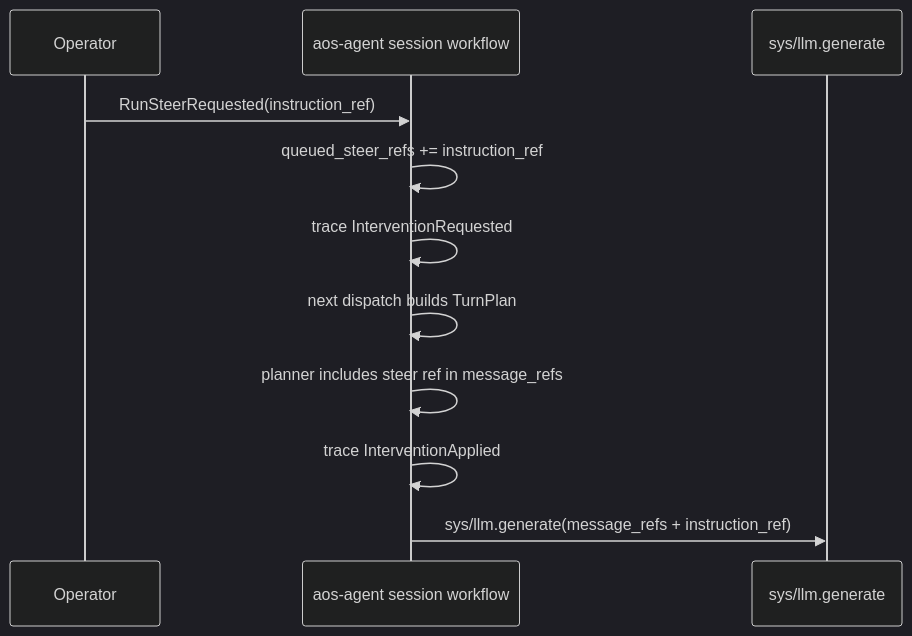
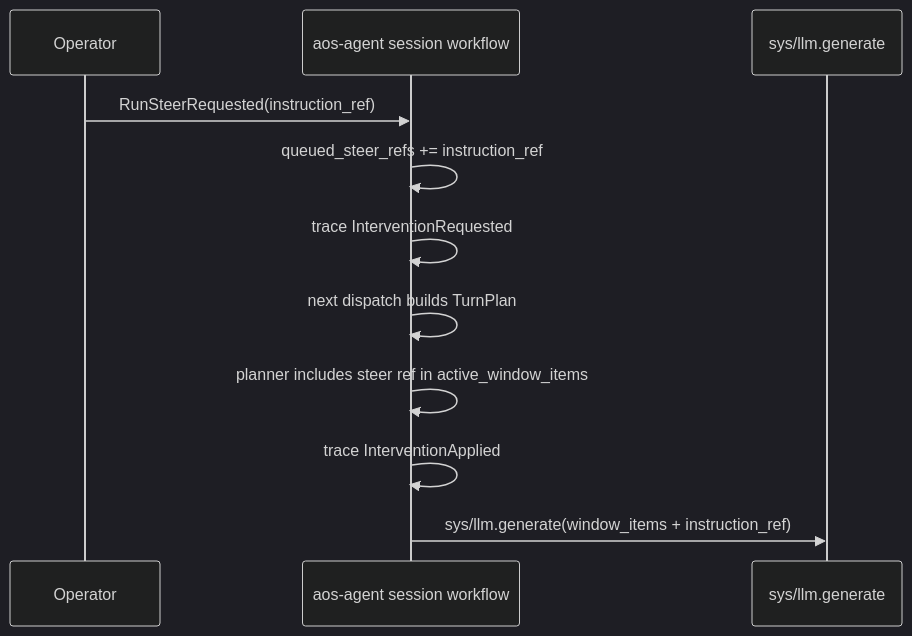
One commit to smartcomputer-ai/agent-os changed diagram 20 of 22 in roadmap/v0.30-agent/visual-guide.md. Above: the diagram before and after it, drawn with Mermaid (dark theme). The commit also changed other lines of this file and 32 other files, not shown here.

````diff
--- a/roadmap/v0.30-agent/visual-guide.md
+++ b/roadmap/v0.30-agent/visual-guide.md
@@ -1559,14 +1583,14 @@
 ```mermaid
 sequenceDiagram
   participant Operator
   participant Agent as aos-agent session workflow
   participant LLM as sys/llm.generate
 
   Operator->>Agent: RunSteerRequested(instruction_ref)
   Agent->>Agent: queued_steer_refs += instruction_ref
   Agent->>Agent: trace InterventionRequested
   Agent->>Agent: next dispatch builds TurnPlan
-  Agent->>Agent: planner includes steer ref in message_refs
+  Agent->>Agent: planner includes steer ref in active_window_items
   Agent->>Agent: trace InterventionApplied
-  Agent->>LLM: sys/llm.generate(message_refs + instruction_ref)
+  Agent->>LLM: sys/llm.generate(window_items + instruction_ref)
 ```
````
